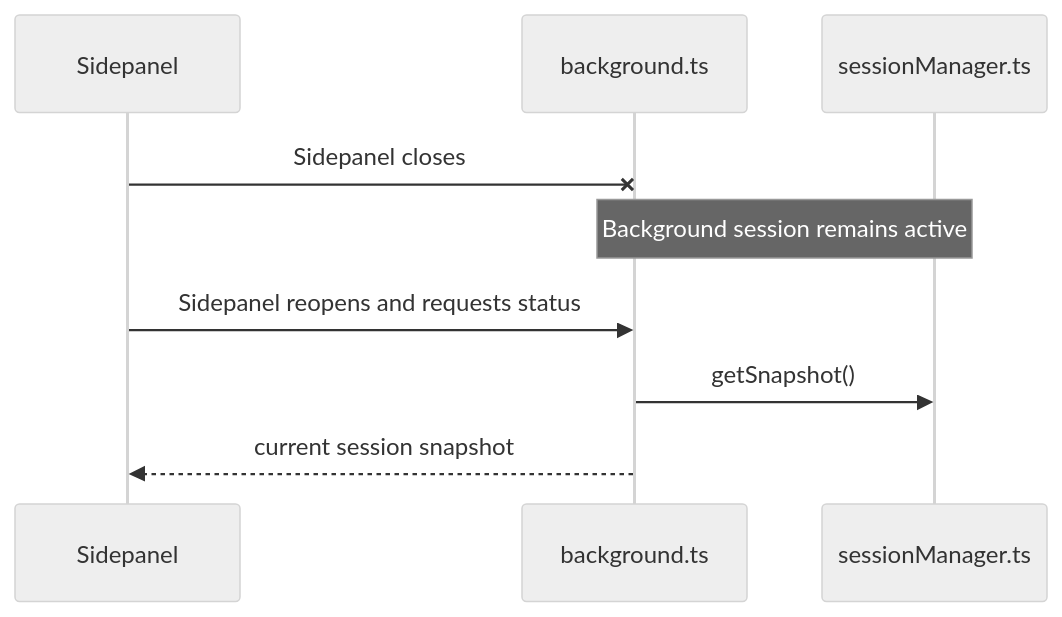
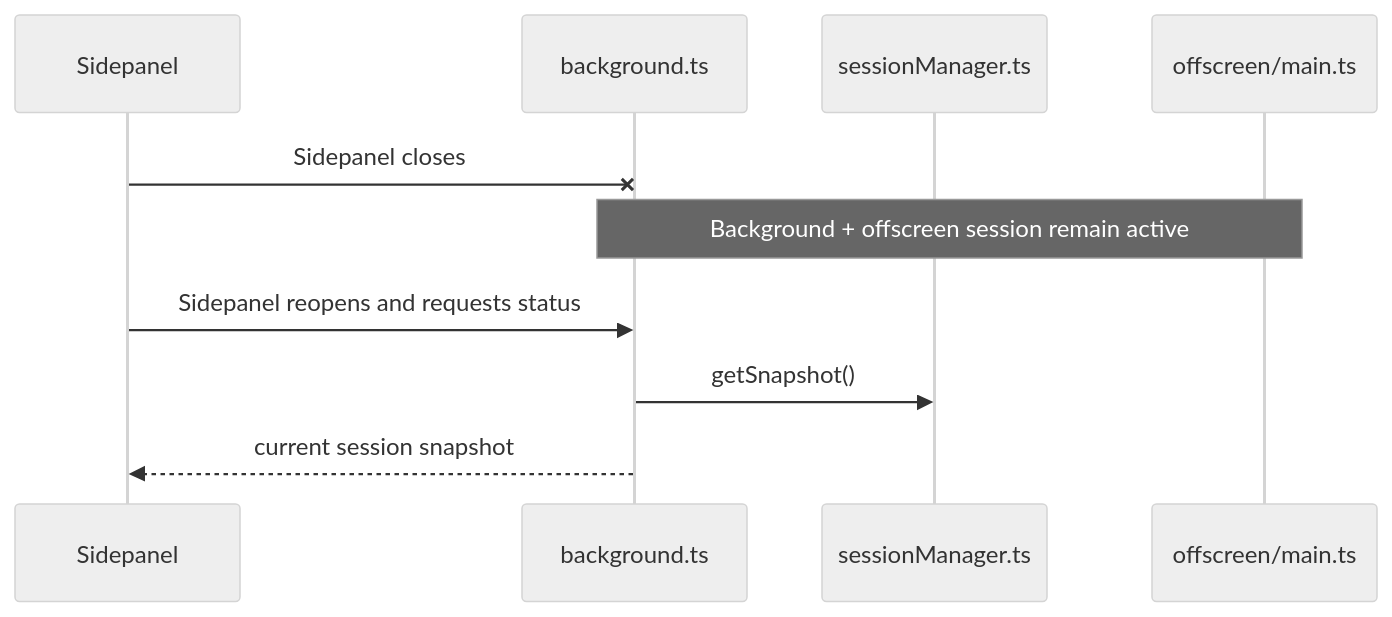
The seventh of 8 diagrams in docs/architecture.md (crccc/webrtc-chat), drawn with Mermaid (neutral theme) before and after one commit. The commit also changed other lines of this file and 10 other files, not shown here.

````diff
--- a/docs/architecture.md
+++ b/docs/architecture.md
@@ -246,12 +276,13 @@
 ```mermaid
 sequenceDiagram
   participant SP as Sidepanel
   participant BG as background.ts
   participant Session as sessionManager.ts
+  participant Offscreen as offscreen/main.ts
 
   SP-xBG: Sidepanel closes
-  Note over BG,Session: Background session remains active
+  Note over BG,Offscreen: Background + offscreen session remain active
   SP->>BG: Sidepanel reopens and requests status
   BG->>Session: getSnapshot()
   BG-->>SP: current session snapshot
 ```
````
